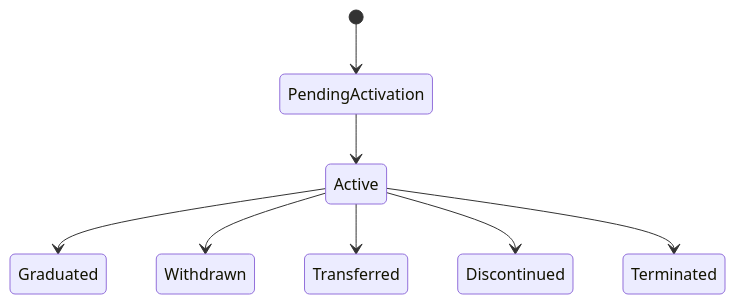
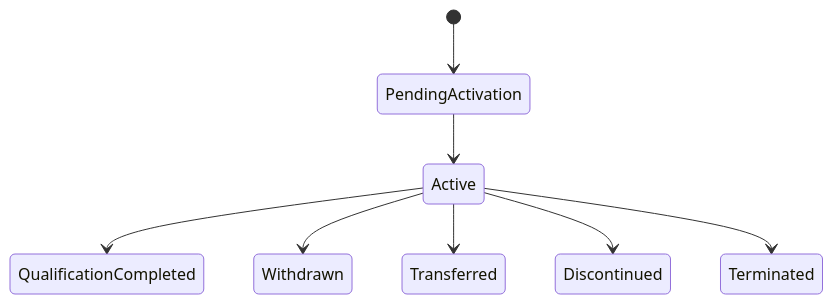
Diagram 26 of 42 in architecture/L1_Business_Domain_Architecture/SutraERP_L1_Business_Domain_Architecture_Locked.md (Varad1604/ERP_hark), drawn with Mermaid before and after one commit. The commit also changed other lines of this file and 76 other files, not shown here.

````diff
--- a/architecture/L1_Business_Domain_Architecture/SutraERP_L1_Business_Domain_Architecture_Locked.md
+++ b/architecture/L1_Business_Domain_Architecture/SutraERP_L1_Business_Domain_Architecture_Locked.md
@@ -1839,17 +1839,17 @@
 ```mermaid
 stateDiagram-v2
 
 [*] --> PendingActivation
 
 PendingActivation --> Active
 
-Active --> Graduated
+Active --> QualificationCompleted
 
 Active --> Withdrawn
 
 Active --> Transferred
 
 Active --> Discontinued
 
 Active --> Terminated
 ```
````
